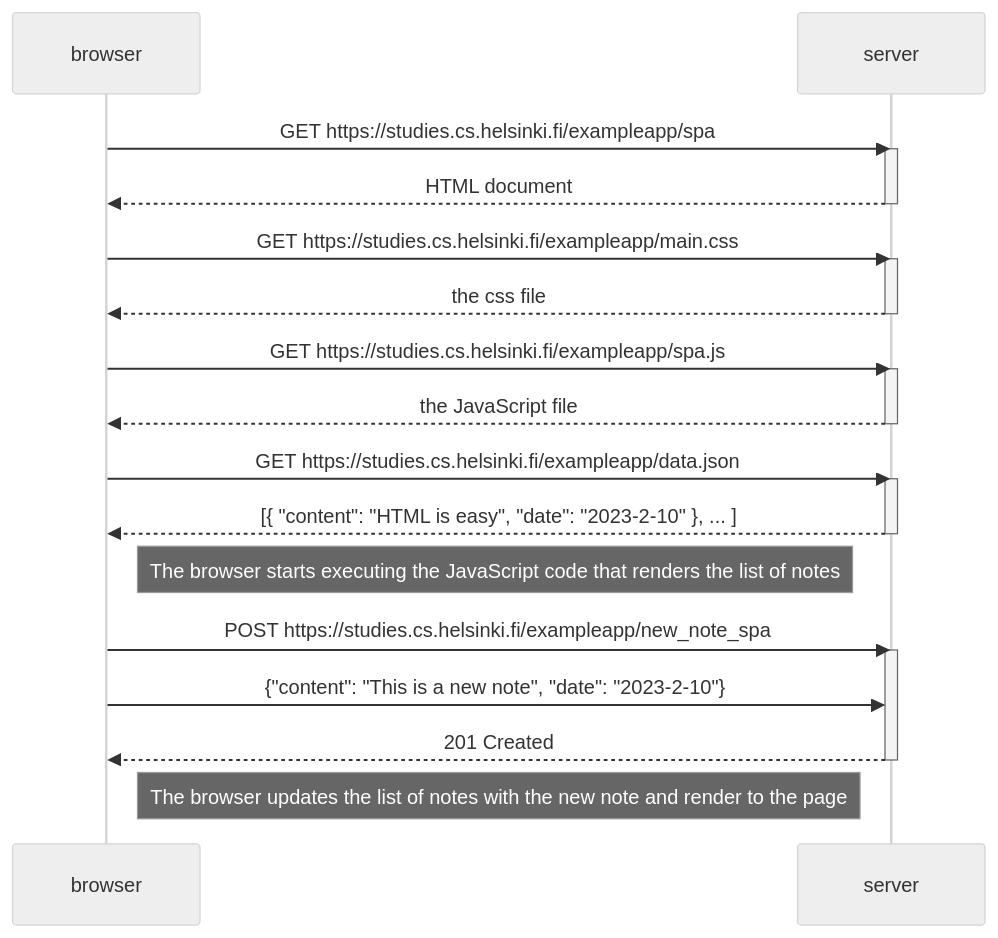
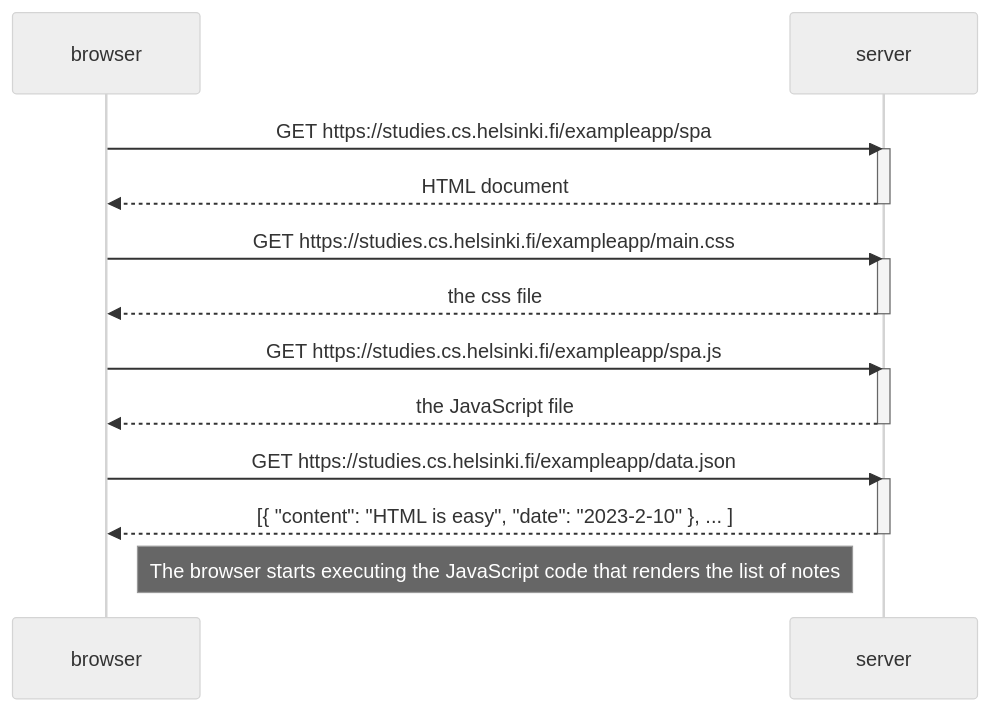
Before and after one commit to TuanDao-0110/Full_Stack_Open: the diagram in part0/0.5 single page/README.md, drawn with Mermaid (neutral theme). The commit also changed 1 other file, not shown here.

Commit message:
update diagram

````diff
--- a/part0/0.5 single page/README.md
+++ b/part0/0.5 single page/README.md
@@ -1,35 +1,28 @@
 ```mermaid
 sequenceDiagram
     participant browser
     participant server
     
     browser->>server: GET https://studies.cs.helsinki.fi/exampleapp/spa
     activate server
     server-->>browser: HTML document
     deactivate server
     
     browser->>server: GET https://studies.cs.helsinki.fi/exampleapp/main.css
     activate server
     server-->>browser: the css file
     deactivate server
     
     browser->>server: GET https://studies.cs.helsinki.fi/exampleapp/spa.js
     activate server
     server-->>browser: the JavaScript file
     deactivate server
     
     browser->>server: GET https://studies.cs.helsinki.fi/exampleapp/data.json
     activate server
     server-->>browser: [{ "content": "HTML is easy", "date": "2023-2-10" }, ... ]
     deactivate server
 
     Note right of browser: The browser starts executing the JavaScript code that renders the list of notes 
-    
-    browser->>server: POST https://studies.cs.helsinki.fi/exampleapp/new_note_spa
-    activate server
-    browser->>server: {"content": "This is a new note", "date": "2023-2-10"}
-    server-->>browser: 201 Created
-    deactivate server
-    
-    Note right of browser: The browser updates the list of notes with the new note and render to the page 
+   
 ```
````
